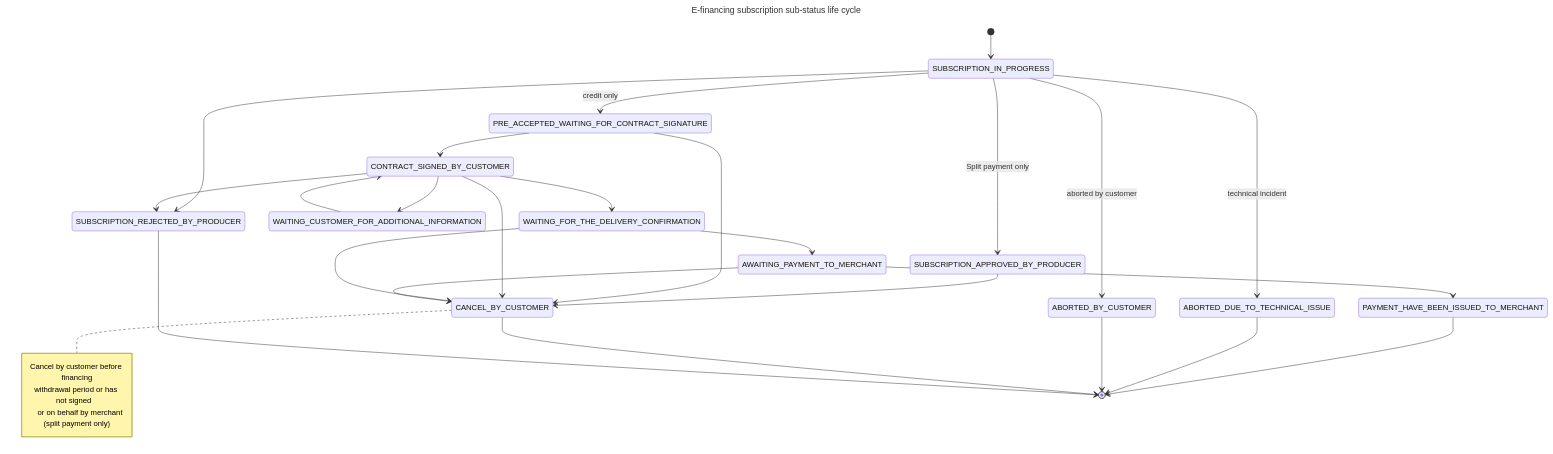
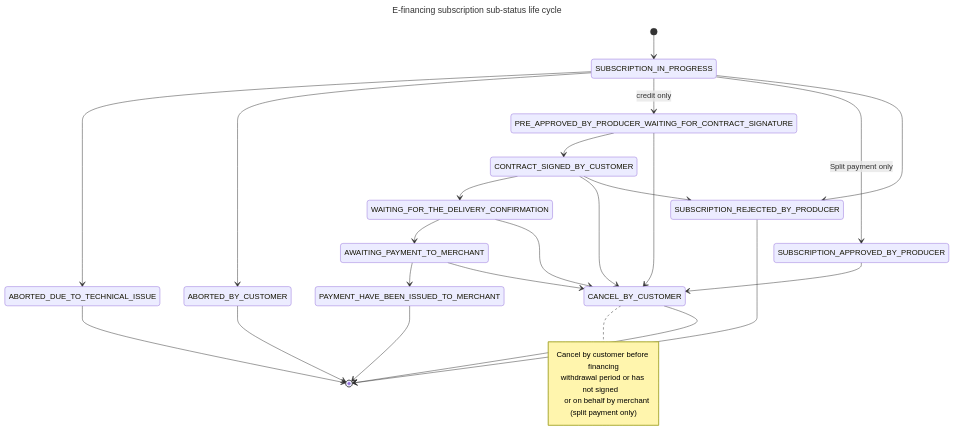
Before and after one commit to scalexpert/documentation: the second of 2 diagrams in solutions-reference/credit/e-financing-status-life-cycle.md, drawn with Mermaid. The commit also changed other lines of this file, not shown here.

Commit message:
GITBOOK-668: No subject

````diff
--- a/solutions-reference/credit/e-financing-status-life-cycle.md
+++ b/solutions-reference/credit/e-financing-status-life-cycle.md
@@ -69,43 +68,40 @@
 ```mermaid fullWidth="true"
 ---
 title: E-financing subscription sub-status life cycle
 ---
 stateDiagram-v2
     [*] --> SUBSCRIPTION_IN_PROGRESS
 
-    SUBSCRIPTION_IN_PROGRESS --> ABORTED_DUE_TO_TECHNICAL_ISSUE: technical incident
-    SUBSCRIPTION_IN_PROGRESS --> ABORTED_BY_CUSTOMER: aborted by customer
-    SUBSCRIPTION_IN_PROGRESS --> PRE_ACCEPTED_WAITING_FOR_CONTRACT_SIGNATURE: credit only
+    SUBSCRIPTION_IN_PROGRESS --> ABORTED_DUE_TO_TECHNICAL_ISSUE
+    SUBSCRIPTION_IN_PROGRESS --> ABORTED_BY_CUSTOMER
+    SUBSCRIPTION_IN_PROGRESS --> PRE_APPROVED_BY_PRODUCER_WAITING_FOR_CONTRACT_SIGNATURE: credit only
     SUBSCRIPTION_IN_PROGRESS  --> SUBSCRIPTION_APPROVED_BY_PRODUCER: Split payment only
     SUBSCRIPTION_IN_PROGRESS  --> SUBSCRIPTION_REJECTED_BY_PRODUCER
 
     SUBSCRIPTION_APPROVED_BY_PRODUCER --> CANCEL_BY_CUSTOMER
     note right of CANCEL_BY_CUSTOMER
     Cancel by customer before financing
     withdrawal period or has not signed   
     or on behalf by merchant (split payment only)
     end note
 
-    PRE_ACCEPTED_WAITING_FOR_CONTRACT_SIGNATURE --> CONTRACT_SIGNED_BY_CUSTOMER
-    PRE_ACCEPTED_WAITING_FOR_CONTRACT_SIGNATURE --> CANCEL_BY_CUSTOMER
+    PRE_APPROVED_BY_PRODUCER_WAITING_FOR_CONTRACT_SIGNATURE --> CONTRACT_SIGNED_BY_CUSTOMER
+    PRE_APPROVED_BY_PRODUCER_WAITING_FOR_CONTRACT_SIGNATURE --> CANCEL_BY_CUSTOMER
 
-    WAITING_CUSTOMER_FOR_ADDITIONAL_INFORMATION --> CONTRACT_SIGNED_BY_CUSTOMER
-    
-    CONTRACT_SIGNED_BY_CUSTOMER --> WAITING_CUSTOMER_FOR_ADDITIONAL_INFORMATION 
     CONTRACT_SIGNED_BY_CUSTOMER --> WAITING_FOR_THE_DELIVERY_CONFIRMATION
     CONTRACT_SIGNED_BY_CUSTOMER --> CANCEL_BY_CUSTOMER
     CONTRACT_SIGNED_BY_CUSTOMER --> SUBSCRIPTION_REJECTED_BY_PRODUCER
 
     WAITING_FOR_THE_DELIVERY_CONFIRMATION --> AWAITING_PAYMENT_TO_MERCHANT
     WAITING_FOR_THE_DELIVERY_CONFIRMATION --> CANCEL_BY_CUSTOMER
 
     AWAITING_PAYMENT_TO_MERCHANT  --> PAYMENT_HAVE_BEEN_ISSUED_TO_MERCHANT
     AWAITING_PAYMENT_TO_MERCHANT  --> CANCEL_BY_CUSTOMER
 
     PAYMENT_HAVE_BEEN_ISSUED_TO_MERCHANT --> [*]
     ABORTED_DUE_TO_TECHNICAL_ISSUE --> [*]
     ABORTED_BY_CUSTOMER --> [*]
     CANCEL_BY_CUSTOMER --> [*]
     SUBSCRIPTION_REJECTED_BY_PRODUCER --> [*]
 
 ```
````
